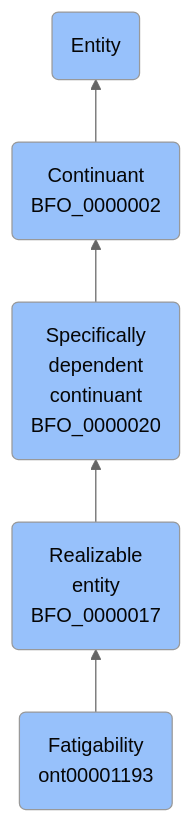
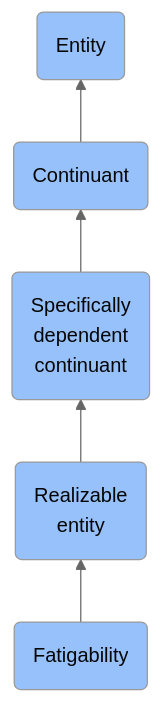
The diagram in docs/ontology/reference/model/Entity/Continuant/Specifically dependent continuant/Realizable entity/Fatigability/Fatigability.md (jupyter-naas/abi), drawn with Mermaid (neutral theme) before and after one commit. The commit also changed other lines of this file and 1430 other files, not shown here.

````diff
--- a/docs/ontology/reference/model/Entity/Continuant/Specifically dependent continuant/Realizable entity/Fatigability/Fatigability.md
+++ b/docs/ontology/reference/model/Entity/Continuant/Specifically dependent continuant/Realizable entity/Fatigability/Fatigability.md
@@ -24,12 +24,12 @@
 ```mermaid
 graph BT
-    ont00001193(Fatigability<br>ont00001193):::BFO-->BFO_0000017
-    BFO_0000017(Realizable<br>entity<br>BFO_0000017):::BFO-->BFO_0000020
-    BFO_0000020(Specifically<br>dependent<br>continuant<br>BFO_0000020):::BFO-->BFO_0000002
-    BFO_0000002(Continuant<br>BFO_0000002):::BFO-->BFO_0000001
+    ont00001193(Fatigability):::BFO-->BFO_0000017
+    BFO_0000017(Realizable<br>entity):::BFO-->BFO_0000020
+    BFO_0000020(Specifically<br>dependent<br>continuant):::BFO-->BFO_0000002
+    BFO_0000002(Continuant):::BFO-->BFO_0000001
     BFO_0000001(Entity):::BFO
     
     classDef BFO fill:#97c1fb,color:#060606
     classDef CCO fill:#e4c51e,color:#060606
     classDef ABI fill:#48DD82,color:#060606
 ```
````
